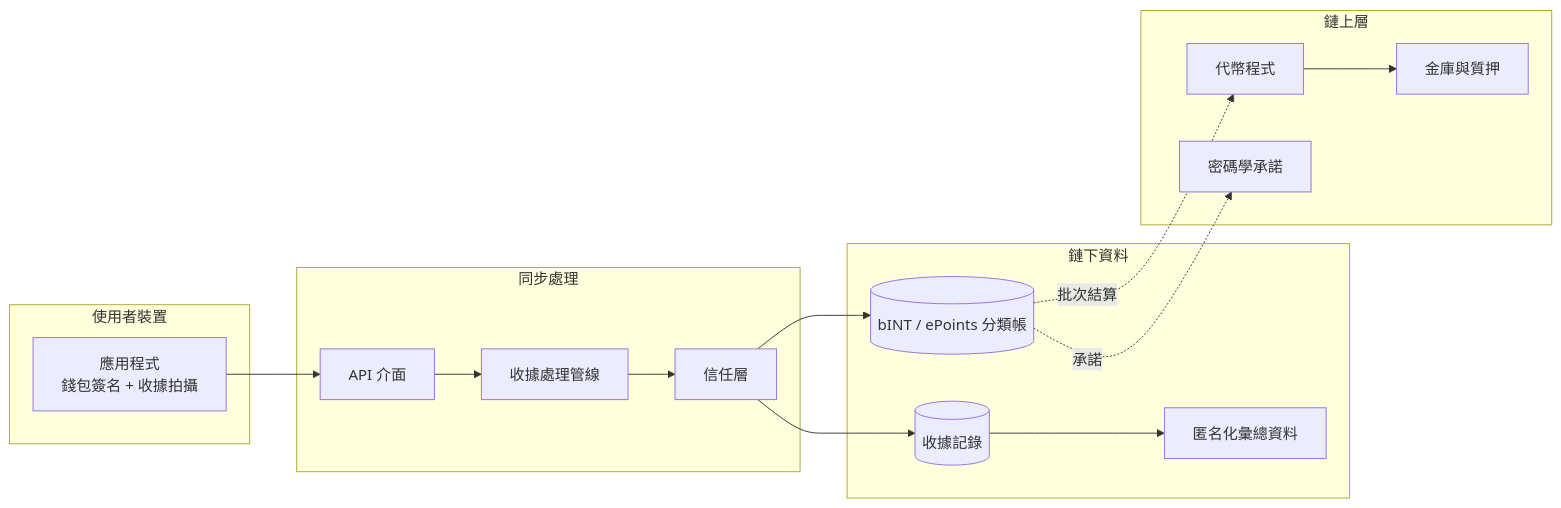
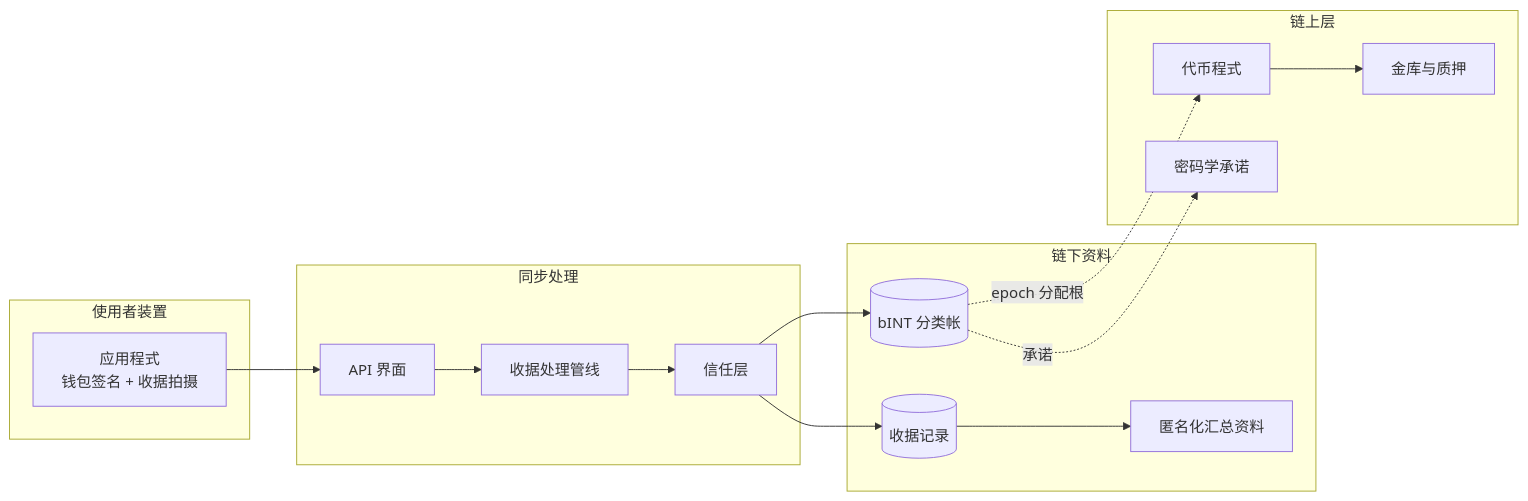
The diagram in content/technical-paper/zh/01-architecture-overview/02-system-map.md (Yumo-Yumo-Inc/yumoyumohq), drawn with Mermaid before and after one commit. The commit also changed other lines of this file and 1048 other files, not shown here.

````diff
--- a/content/technical-paper/zh/01-architecture-overview/02-system-map.md
+++ b/content/technical-paper/zh/01-architecture-overview/02-system-map.md
@@ -5,32 +5,32 @@
 ```mermaid
 flowchart LR
-    subgraph Client["使用者裝置"]
-        A["應用程式<br/>錢包簽名 + 收據拍攝"]
+    subgraph Client["使用者装置"]
+        A["应用程式<br/>钱包签名 + 收据拍摄"]
     end
 
-    subgraph Processing["同步處理"]
-        B["API 介面"]
-        C["收據處理管線"]
-        D["信任層"]
+    subgraph Processing["同步处理"]
+        B["API 界面"]
+        C["收据处理管线"]
+        D["信任层"]
     end
 
-    subgraph Data["鏈下資料"]
-        E[("收據記錄")]
-        F[("bINT / ePoints 分類帳")]
-        G["匿名化彙總資料"]
+    subgraph Data["链下资料"]
+        E[("收据记录")]
+        F[("bINT 分类帐")]
+        G["匿名化汇总资料"]
     end
 
-    subgraph Chain["鏈上層"]
-        H["代幣程式"]
-        I["金庫與質押"]
-        J["密碼學承諾"]
+    subgraph Chain["链上层"]
+        H["代币程式"]
+        I["金库与质押"]
+        J["密码学承诺"]
     end
 
     A --> B --> C --> D
     D --> E
     D --> F
     E --> G
-    F -. "批次結算" .-> H
-    F -. "承諾" .-> J
+    F -. "epoch 分配根" .-> H
+    F -. "承诺" .-> J
     H --> I
 ```
````
